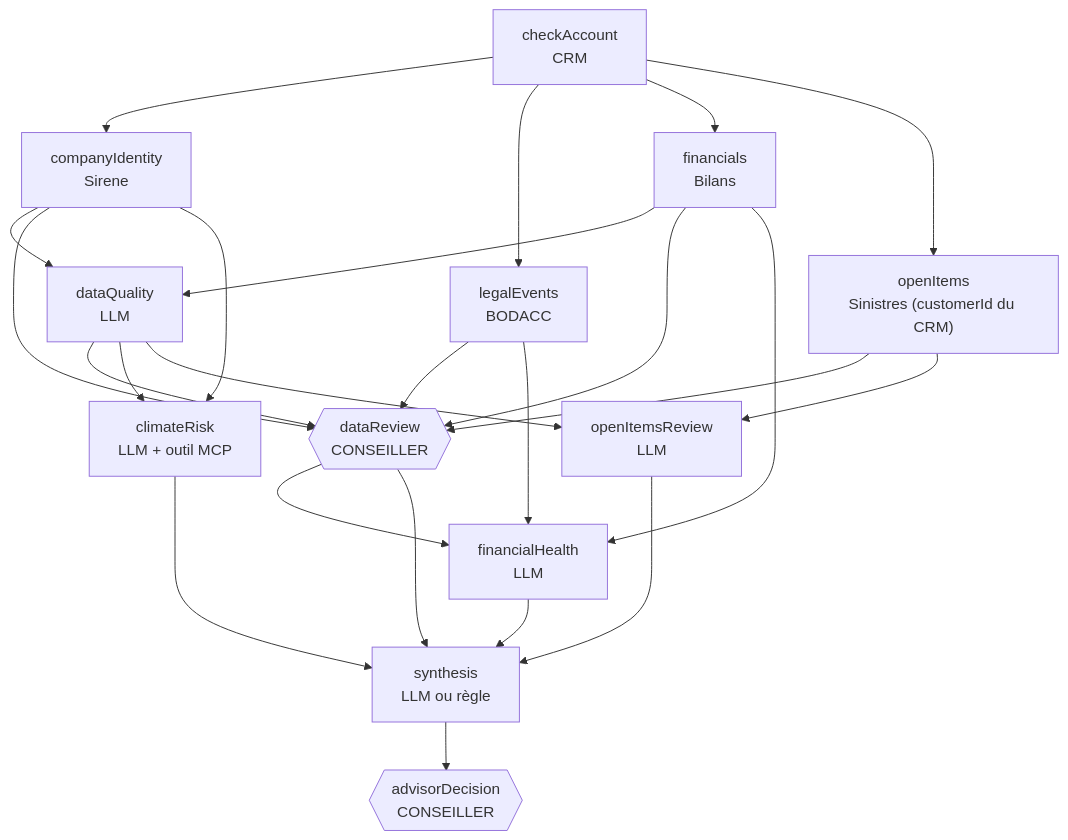
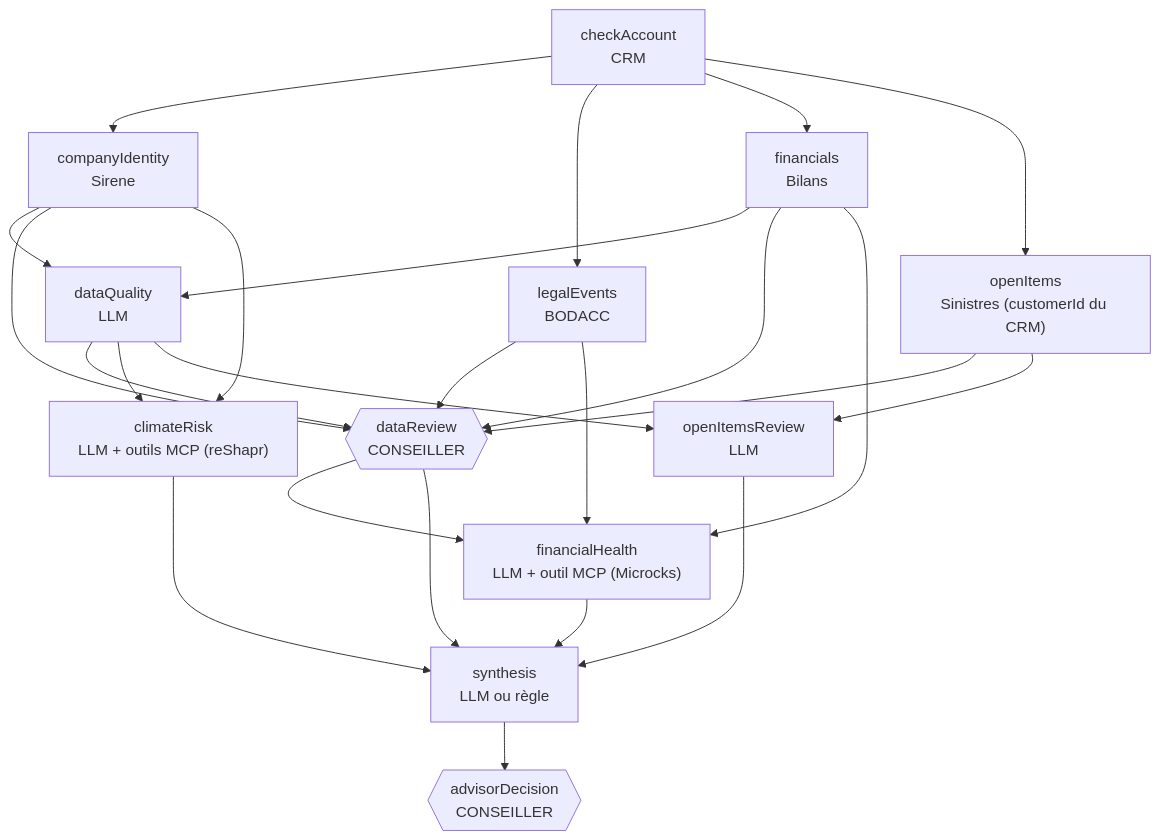
Before and after one commit to SebastienDegodez/microcks-arazzo-insurance-demo: the second of 4 diagrams in README.fr.md, drawn with Mermaid. The commit also changed other lines of this file and 67 other files, not shown here.

````diff
--- a/README.fr.md
+++ b/README.fr.md
@@ -133,17 +138,17 @@
 ```mermaid
 flowchart TD
     checkAccount["checkAccount<br/>CRM"] --> companyIdentity["companyIdentity<br/>Sirene"]
     checkAccount --> legalEvents["legalEvents<br/>BODACC"]
     checkAccount --> financials["financials<br/>Bilans"]
     checkAccount --> openItems["openItems<br/>Sinistres (customerId du CRM)"]
     companyIdentity --> dataQuality["dataQuality<br/>LLM"]
     financials --> dataQuality
     companyIdentity & legalEvents & financials & openItems & dataQuality --> dataReview{{"dataReview<br/>CONSEILLER"}}
-    companyIdentity --> climateRisk["climateRisk<br/>LLM + outil MCP"]
+    companyIdentity --> climateRisk["climateRisk<br/>LLM + outils MCP (reShapr)"]
     dataQuality --> climateRisk
     openItems --> openItemsReview["openItemsReview<br/>LLM"]
     dataQuality --> openItemsReview
-    financials & legalEvents & dataReview --> financialHealth["financialHealth<br/>LLM"]
+    financials & legalEvents & dataReview --> financialHealth["financialHealth<br/>LLM + outil MCP (Microcks)"]
     climateRisk & openItemsReview & financialHealth & dataReview --> synthesis["synthesis<br/>LLM ou règle"]
     synthesis --> advisorDecision{{"advisorDecision<br/>CONSEILLER"}}
 ```
````
